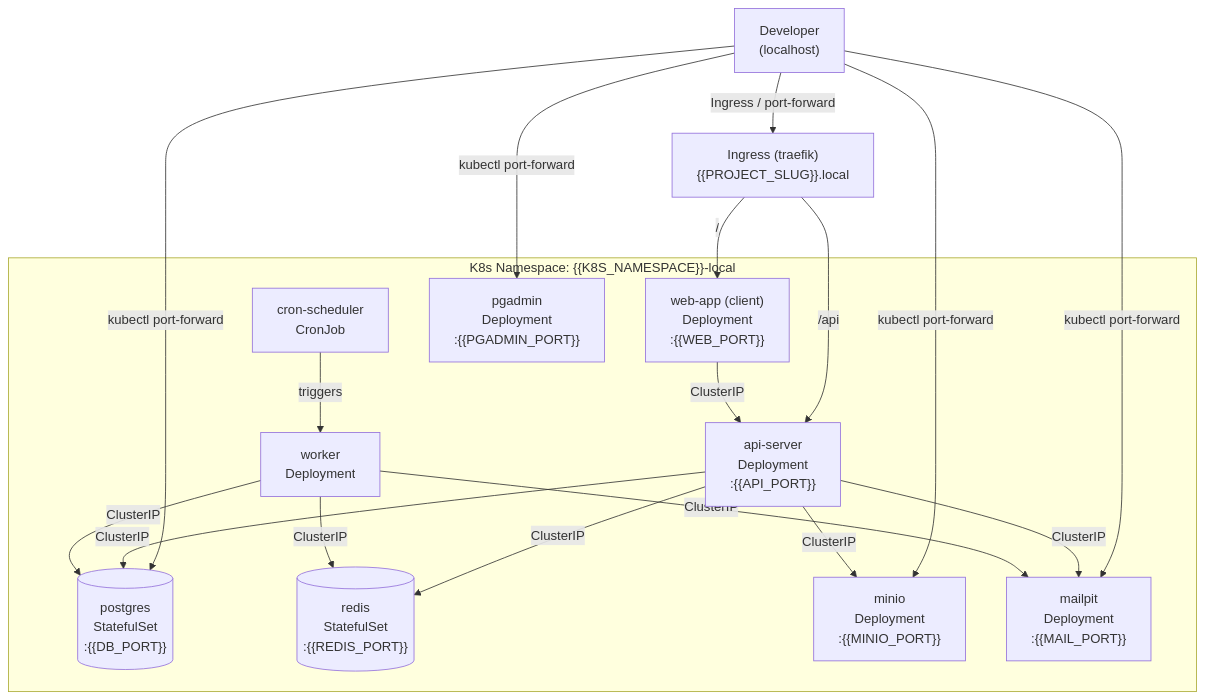
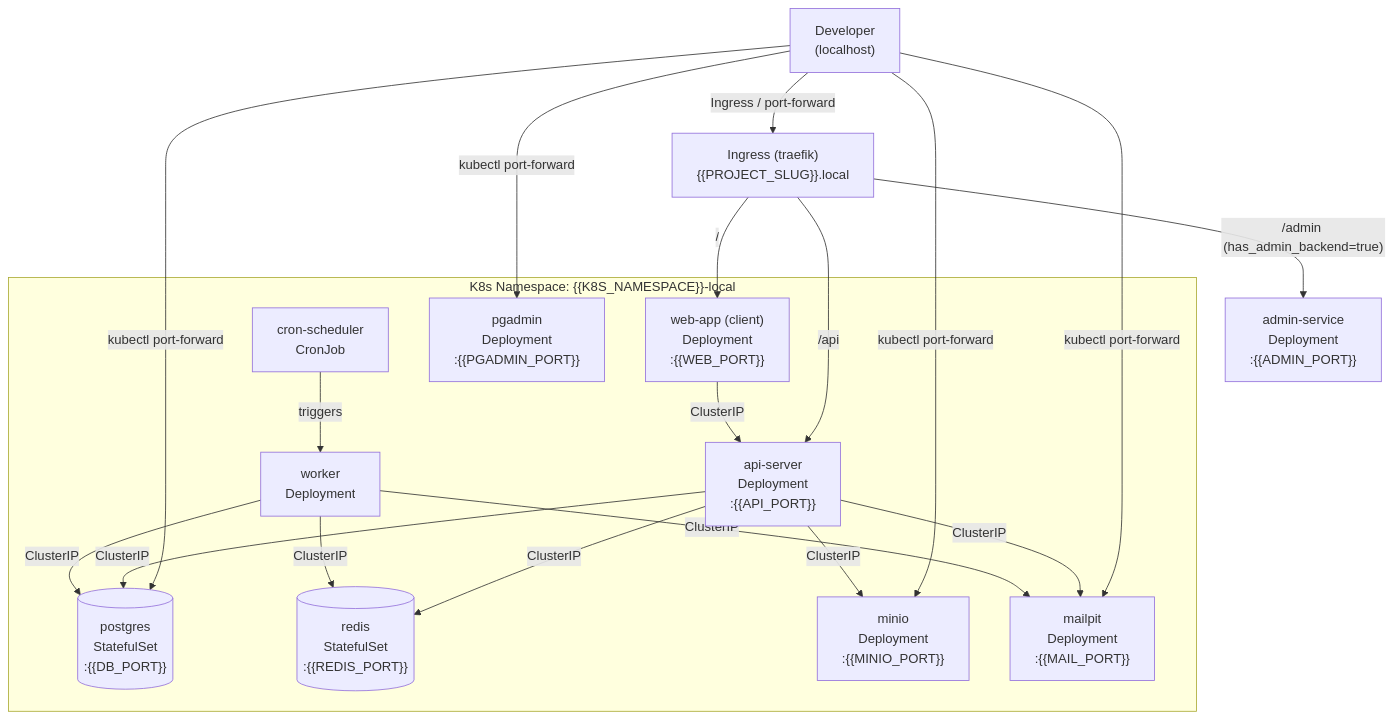
One commit to ibalasite/gendoc changed the first of 2 diagrams in templates/LOCAL_DEPLOY.md. Above: the diagram before and after it, drawn with Mermaid. The commit also changed other lines of this file and 1 other file, not shown here.

Commit message:
fix(M-39): add admin Ingress route, §10 FAQ entries, Traefik YAML, §4.4 base constraint to LOCAL_DEPLOY

````diff
--- a/templates/LOCAL_DEPLOY.md
+++ b/templates/LOCAL_DEPLOY.md
@@ -75,34 +75,35 @@
 ```mermaid
 graph TB
     Dev["Developer<br/>(localhost)"]
     Ingress["Ingress (traefik)<br/>{{PROJECT_SLUG}}.local"]
 
     subgraph K8s["K8s Namespace: {{K8S_NAMESPACE}}-local"]
         Web["web-app (client)\nDeployment\n:{{WEB_PORT}}"]
         API["api-server\nDeployment\n:{{API_PORT}}"]
         Worker["worker\nDeployment"]
         Cron["cron-scheduler\nCronJob"]
         DB[("postgres\nStatefulSet\n:{{DB_PORT}}")]
         Cache[("redis\nStatefulSet\n:{{REDIS_PORT}}")]
         Storage["minio\nDeployment\n:{{MINIO_PORT}}"]
         Mail["mailpit\nDeployment\n:{{MAIL_PORT}}"]
         PGA["pgadmin\nDeployment\n:{{PGADMIN_PORT}}"]
     end
 
     Dev -->|Ingress / port-forward| Ingress
     Ingress -->|/| Web
     Ingress -->|/api| API
+    Ingress -->|"/admin (has_admin_backend=true)"| Admin["admin-service\nDeployment\n:{{ADMIN_PORT}}"]
     Dev -->|kubectl port-forward| DB
     Dev -->|kubectl port-forward| Storage
     Dev -->|kubectl port-forward| Mail
     Dev -->|kubectl port-forward| PGA
     Web -->|ClusterIP| API
     API -->|ClusterIP| DB
     API -->|ClusterIP| Cache
     API -->|ClusterIP| Storage
     API -->|ClusterIP| Mail
     Worker -->|ClusterIP| DB
     Worker -->|ClusterIP| Cache
     Worker -->|ClusterIP| Mail
     Cron -->|triggers| Worker
 ```
````
